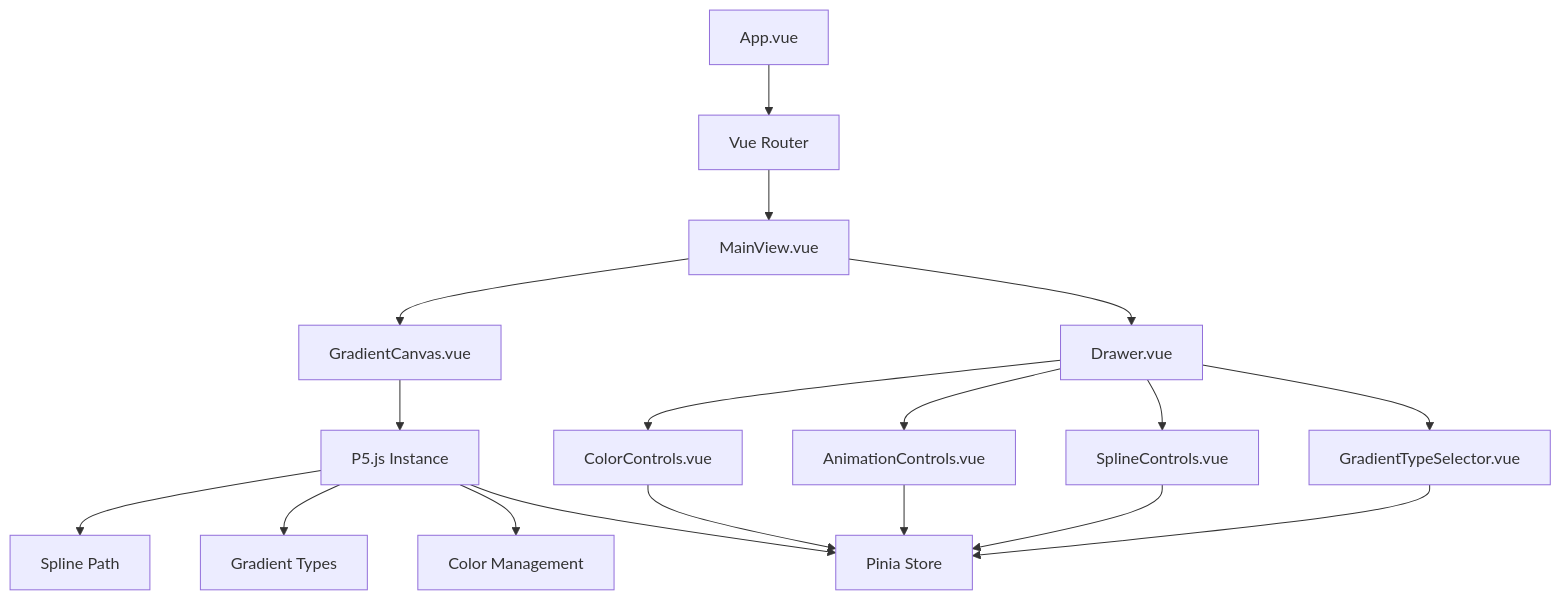
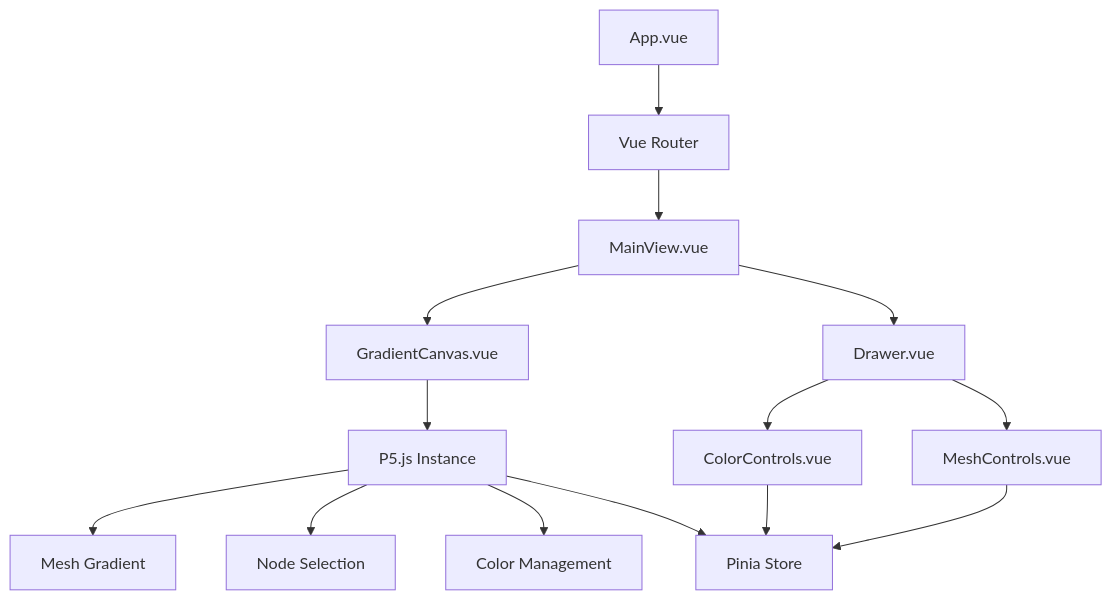
The first of 4 diagrams in cline_docs/systemPatterns.md (sjeibmann/Vue-P5js-Gradient-App), drawn with Mermaid before and after one commit. The commit also changed other lines of this file and 3 other files, not shown here.

Commit message:
converting to gradient mesh

````diff
--- a/cline_docs/systemPatterns.md
+++ b/cline_docs/systemPatterns.md
@@ -7,23 +7,19 @@
 ```mermaid
 flowchart TD
     App[App.vue] --> Router[Vue Router]
     Router --> MainView[MainView.vue]
     MainView --> GradientCanvas[GradientCanvas.vue]
     MainView --> Drawer[Drawer.vue]
     
     GradientCanvas --> P5Instance[P5.js Instance]
-    P5Instance --> SplinePath[Spline Path]
-    P5Instance --> GradientTypes[Gradient Types]
+    P5Instance --> MeshGradient[Mesh Gradient]
+    P5Instance --> NodeSelection[Node Selection]
     P5Instance --> ColorManagement[Color Management]
     
     Drawer --> ColorControls[ColorControls.vue]
-    Drawer --> AnimationControls[AnimationControls.vue]
-    Drawer --> SplineControls[SplineControls.vue]
-    Drawer --> GradientTypeSelector[GradientTypeSelector.vue]
+    Drawer --> MeshControls[MeshControls.vue]
     
     ColorControls --> Store[Pinia Store]
-    AnimationControls --> Store
-    SplineControls --> Store
-    GradientTypeSelector --> Store
+    MeshControls --> Store
     P5Instance --> Store
 ```
````
